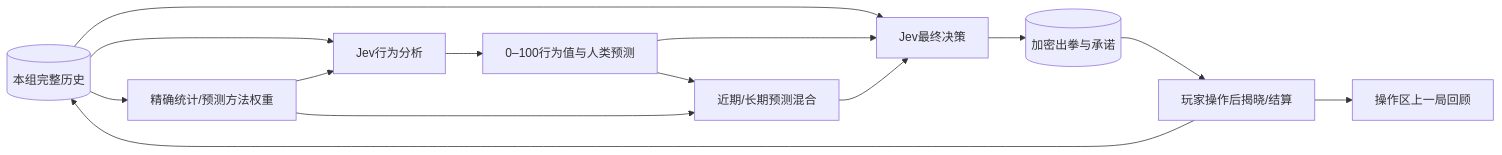
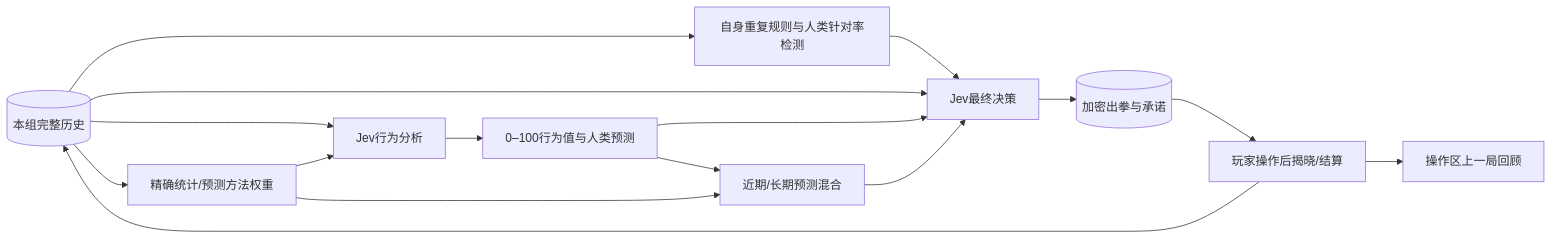
One commit to 0xlau/jev-rps changed the third of 3 diagrams in STRATEGY.md. Above: the diagram before and after it, drawn with Mermaid. The commit also changed other lines of this file and 4 other files, not shown here.

````diff
--- a/STRATEGY.md
+++ b/STRATEGY.md
@@ -53,16 +61,18 @@
 ```mermaid
 flowchart LR
     H[(本组完整历史)] --> A[精确统计/预测方法权重]
     H --> J1[Jev行为分析]
     A --> J1
+    H --> X[自身重复规则与人类针对率检测]
     J1 --> P[0–100行为值与人类预测]
     P --> M[近期/长期预测混合]
     A --> M
+    X --> J2
     H --> J2[Jev最终决策]
     P --> J2
     M --> J2
     J2 --> S[(加密出拳与承诺)]
     S --> R[玩家操作后揭晓/结算]
     R --> H
     R --> UI[操作区上一局回顾]
 ```
````
